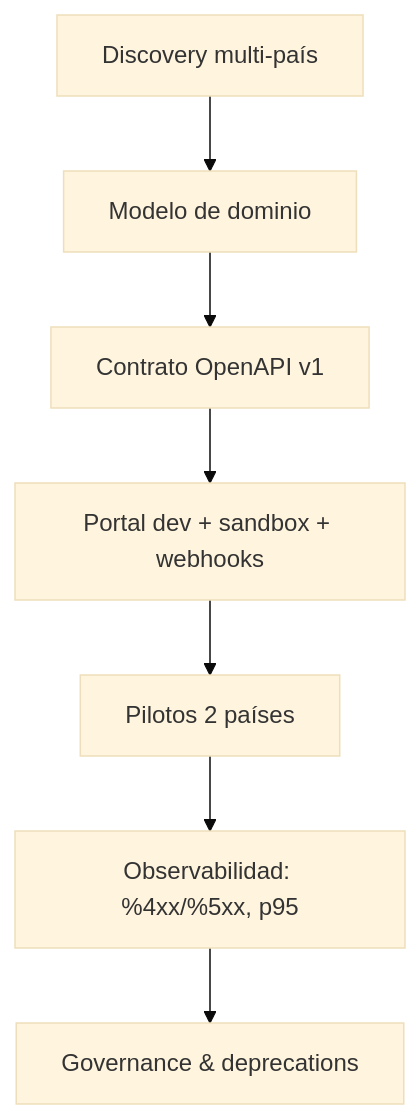
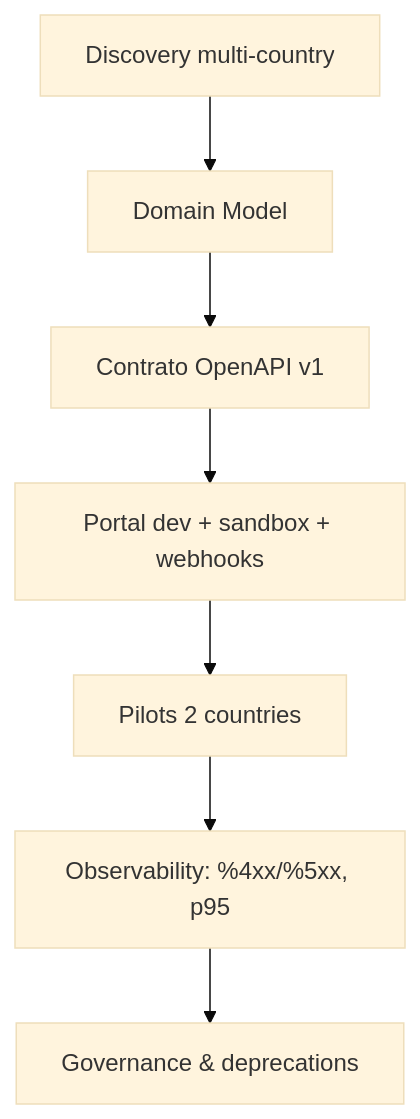
One commit to rojascarlina/people-api-product-case changed the diagram in README.md. Above: the diagram before and after it, drawn with Mermaid (base theme). The commit also changed other lines of this file, not shown here.

Commit message:
Update README.md
some translations

````diff
--- a/README.md
+++ b/README.md
@@ -20,9 +20,9 @@
 ```mermaid
 flowchart TD
-  A[Discovery multi-país] --> B[Modelo de dominio]
+  A[Discovery multi-country] --> B[Domain Model]
   B --> C[Contrato OpenAPI v1]
   C --> D[Portal dev + sandbox + webhooks]
-  D --> E[Pilotos 2 países]
-  E --> F[Observabilidad: %4xx/%5xx, p95]
+  D --> E[Pilots 2 countries]
+  E --> F[Observability: %4xx/%5xx, p95]
   F --> G[Governance & deprecations]
 ```
````
